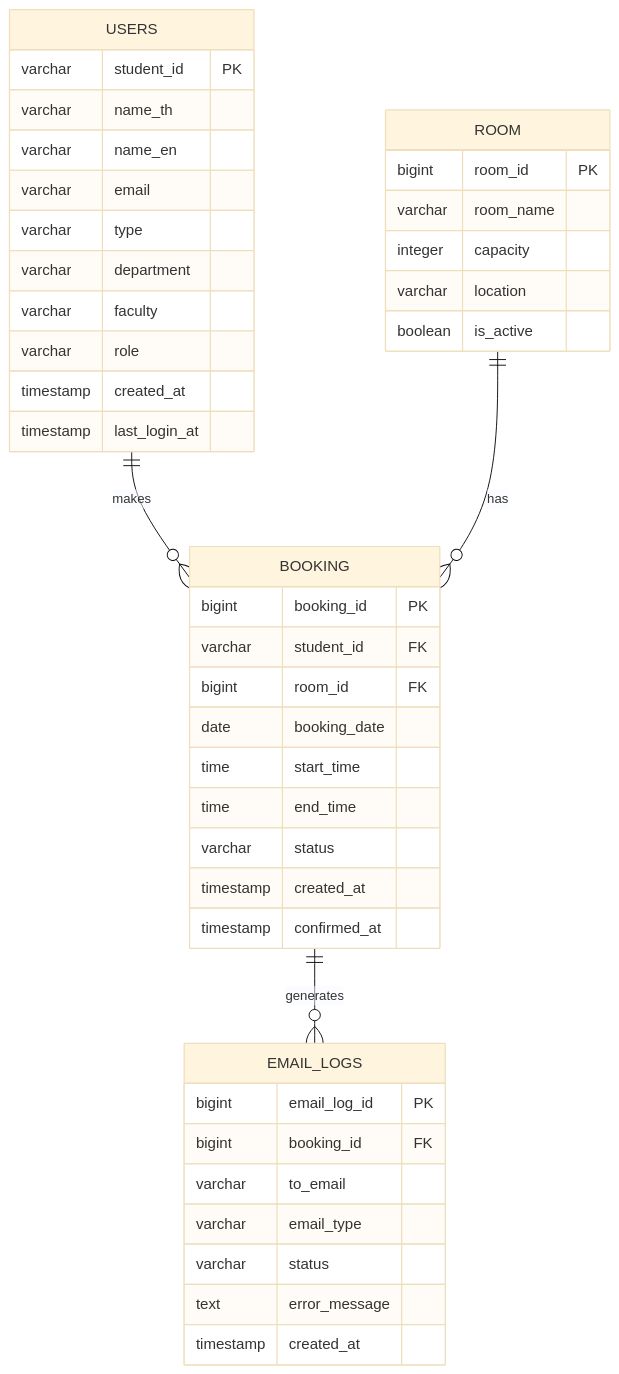
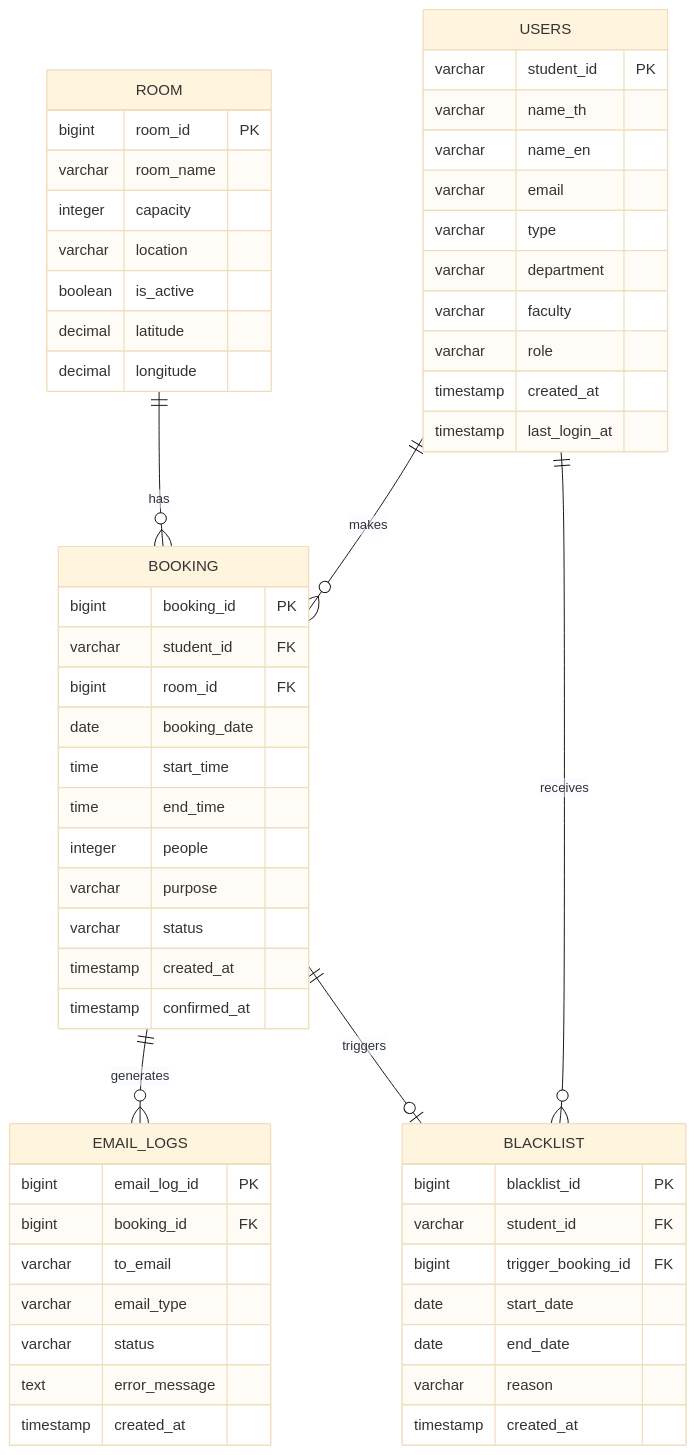
Before and after one commit to niairi/cs261_650001_group8: the diagram in database/ERD.md, drawn with Mermaid (base theme). The commit also changed other lines of this file and 2 other files, not shown here.

Commit message:
update Sprint 2 database ERD, er.puml, and er.png

````diff
--- a/database/ERD.md
+++ b/database/ERD.md
@@ -3,50 +5,67 @@
 ```mermaid
 erDiagram
 
     USERS ||--o{ BOOKING : makes
     ROOM ||--o{ BOOKING : has
     BOOKING ||--o{ EMAIL_LOGS : generates
+
+    USERS ||--o{ BLACKLIST : receives
+    BOOKING ||--o| BLACKLIST : triggers
 
     USERS {
         varchar student_id PK
         varchar name_th
         varchar name_en
         varchar email
         varchar type
         varchar department
         varchar faculty
         varchar role
         timestamp created_at
         timestamp last_login_at
     }
 
     ROOM {
         bigint room_id PK
         varchar room_name
         integer capacity
         varchar location
         boolean is_active
+        decimal latitude
+        decimal longitude
     }
 
     BOOKING {
         bigint booking_id PK
         varchar student_id FK
         bigint room_id FK
         date booking_date
         time start_time
         time end_time
+        integer people
+        varchar purpose
         varchar status
         timestamp created_at
         timestamp confirmed_at
     }
 
     EMAIL_LOGS {
         bigint email_log_id PK
         bigint booking_id FK
         varchar to_email
         varchar email_type
         varchar status
         text error_message
         timestamp created_at
     }
+
+    BLACKLIST {
+        bigint blacklist_id PK
+        varchar student_id FK
+        bigint trigger_booking_id FK
+        date start_date
+        date end_date
+        varchar reason
+        timestamp created_at
+    }
 ```
````
